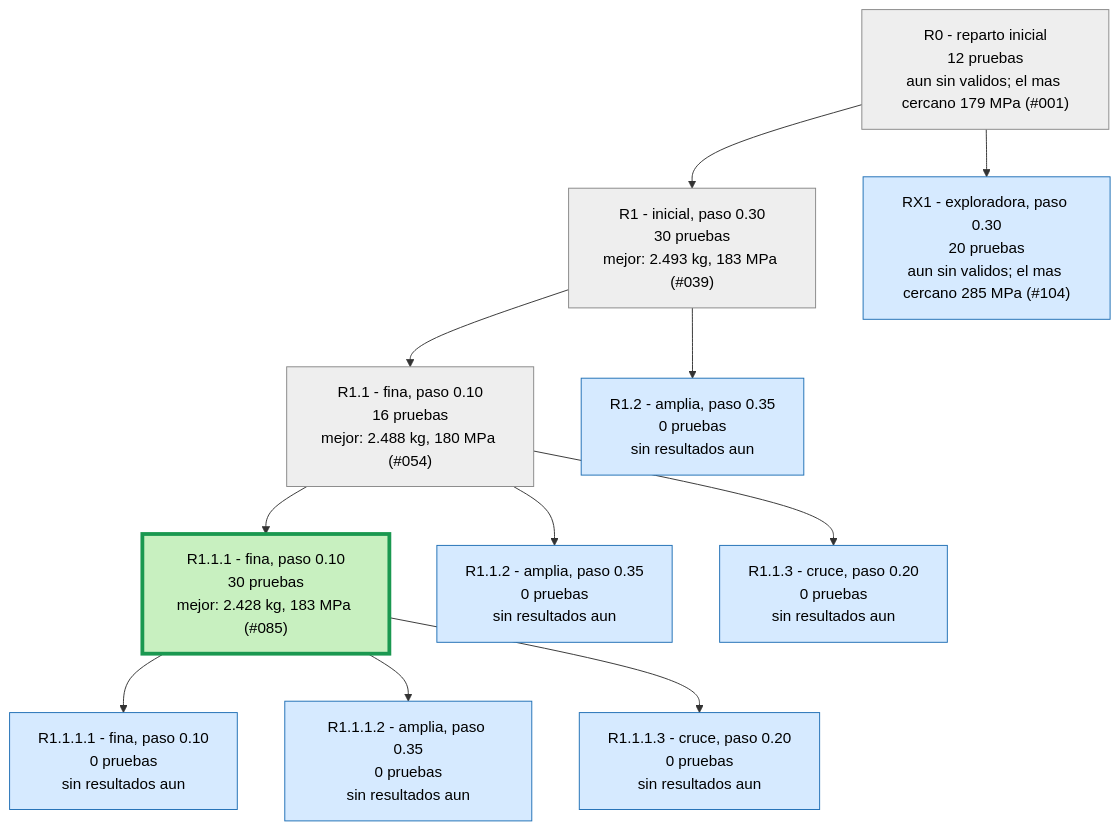
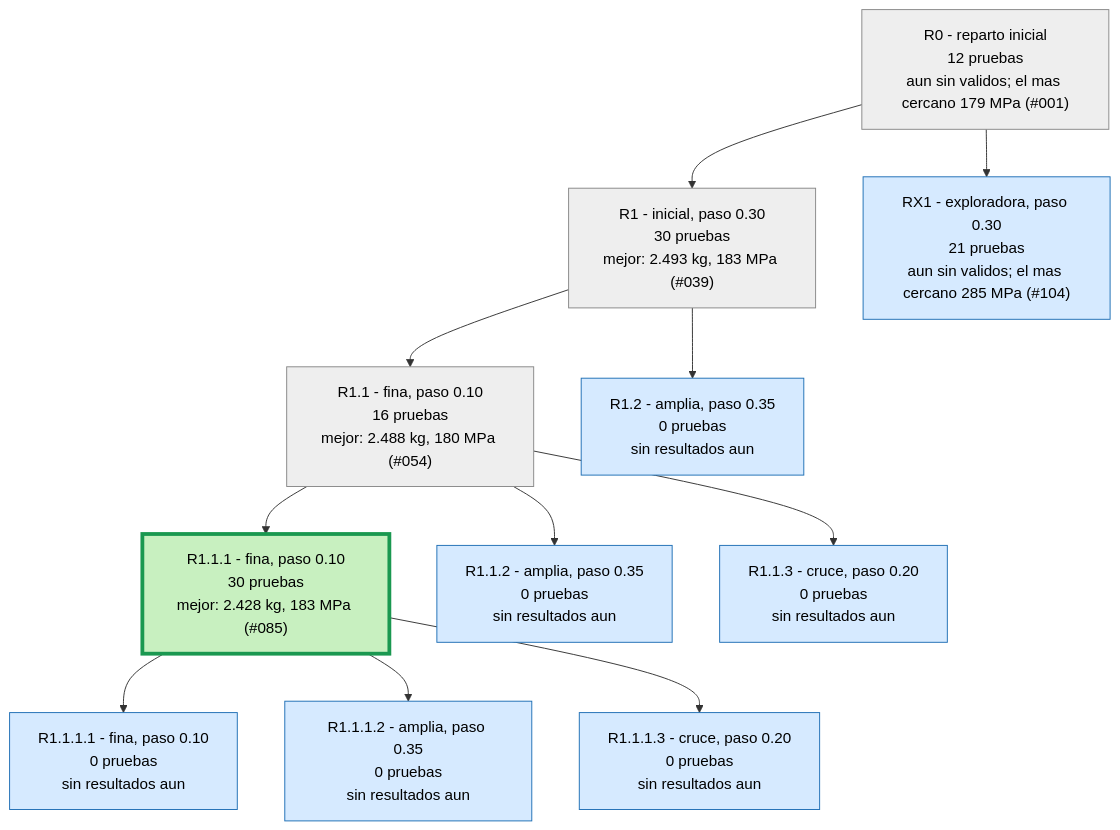
Before and after one commit to Hugiko/msd-soporte-optimizacion: the second of 3 diagrams in runs/opt_37800N/ARBOL.md, drawn with Mermaid. The commit also changed 36 other files, not shown here.

````diff
--- a/runs/opt_37800N/ARBOL.md
+++ b/runs/opt_37800N/ARBOL.md
@@ -29,27 +29,27 @@
 ```mermaid
 graph TD
 classDef activa fill:#d6eaff,stroke:#1f6fb5,color:#000
 classDef fin fill:#eeeeee,stroke:#888,color:#000
 classDef mejor fill:#c8f0c0,stroke:#1a9850,stroke-width:4px,color:#000
 R0["R0 - reparto inicial<br/>12 pruebas<br/>aun sin validos; el mas cercano 179 MPa (#001)"]:::fin
 R1["R1 - inicial, paso 0.30<br/>30 pruebas<br/>mejor: 2.493 kg, 183 MPa (#039)"]:::fin
 R0 --> R1
 R1_1["R1.1 - fina, paso 0.10<br/>16 pruebas<br/>mejor: 2.488 kg, 180 MPa (#054)"]:::fin
 R1 --> R1_1
 R1_2["R1.2 - amplia, paso 0.35<br/>0 pruebas<br/>sin resultados aun"]:::activa
 R1 --> R1_2
 R1_1_1["R1.1.1 - fina, paso 0.10<br/>30 pruebas<br/>mejor: 2.428 kg, 183 MPa (#085)"]:::mejor
 R1_1 --> R1_1_1
 R1_1_2["R1.1.2 - amplia, paso 0.35<br/>0 pruebas<br/>sin resultados aun"]:::activa
 R1_1 --> R1_1_2
 R1_1_3["R1.1.3 - cruce, paso 0.20<br/>0 pruebas<br/>sin resultados aun"]:::activa
 R1_1 --> R1_1_3
 R1_1_1_1["R1.1.1.1 - fina, paso 0.10<br/>0 pruebas<br/>sin resultados aun"]:::activa
 R1_1_1 --> R1_1_1_1
 R1_1_1_2["R1.1.1.2 - amplia, paso 0.35<br/>0 pruebas<br/>sin resultados aun"]:::activa
 R1_1_1 --> R1_1_1_2
 R1_1_1_3["R1.1.1.3 - cruce, paso 0.20<br/>0 pruebas<br/>sin resultados aun"]:::activa
 R1_1_1 --> R1_1_1_3
-RX1["RX1 - exploradora, paso 0.30<br/>20 pruebas<br/>aun sin validos; el mas cercano 285 MPa (#104)"]:::activa
+RX1["RX1 - exploradora, paso 0.30<br/>21 pruebas<br/>aun sin validos; el mas cercano 285 MPa (#104)"]:::activa
 R0 --> RX1
 ```
````
